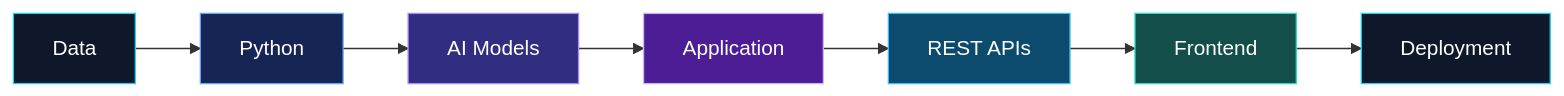
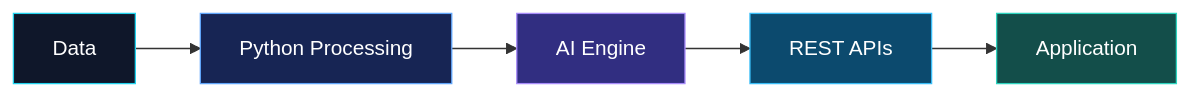
The diagram in README.md (rahulbhadekar/rahulbhadekar), drawn with Mermaid before and after one commit. The commit also changed other lines of this file, not shown here.

````diff
--- a/README.md
+++ b/README.md
@@ -78,17 +323,13 @@
 ```mermaid
 flowchart LR
-    A["Data"] --> B["Python"]
-    B --> C["AI Models"]
-    C --> D["Application"]
-    D --> E["REST APIs"]
-    E --> F["Frontend"]
-    F --> G["Deployment"]
+    A[Data] --> B[Python Processing]
+    B --> C[AI Engine]
+    C --> D[REST APIs]
+    D --> E[Application]
 
     style A fill:#0f172a,stroke:#22d3ee,color:#fff
     style B fill:#172554,stroke:#60a5fa,color:#fff
     style C fill:#312e81,stroke:#a78bfa,color:#fff
-    style D fill:#4c1d95,stroke:#c4b5fd,color:#fff
-    style E fill:#0c4a6e,stroke:#38bdf8,color:#fff
-    style F fill:#134e4a,stroke:#2dd4bf,color:#fff
-    style G fill:#0f172a,stroke:#22d3ee,color:#fff
+    style D fill:#0c4a6e,stroke:#38bdf8,color:#fff
+    style E fill:#134e4a,stroke:#2dd4bf,color:#fff
 ```
````
